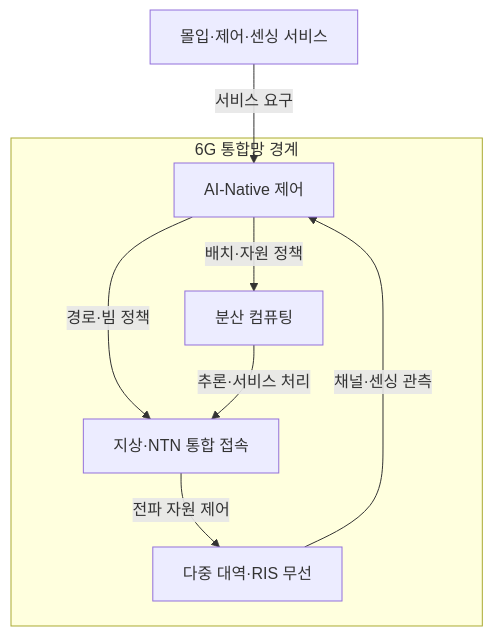
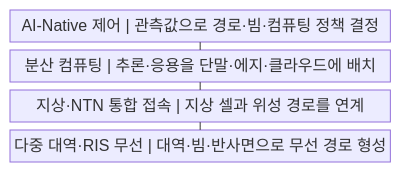
Before and after one commit to agnusdei1207/knowledge-base: the first of 2 diagrams in src/content/docs/notes/04-network/042_6g_technologies.md, drawn with Mermaid. The commit also changed other lines of this file and 20 other files, not shown here.

````diff
--- a/src/content/docs/notes/04-network/042_6g_technologies.md
+++ b/src/content/docs/notes/04-network/042_6g_technologies.md
@@ -56,16 +56,11 @@
 ```mermaid
-flowchart TB
-    APP[몰입·제어·센싱 서비스]
-    subgraph N[6G 통합망 경계]
-        INT[AI-Native 제어]
-        COMP[분산 컴퓨팅]
-        ACCESS[지상·NTN 통합 접속]
-        RADIO[다중 대역·RIS 무선]
-        INT -->|배치·자원 정책| COMP
-        INT -->|경로·빔 정책| ACCESS
-        COMP -->|추론·서비스 처리| ACCESS
-        ACCESS -->|전파 자원 제어| RADIO
-    end
-    APP -->|서비스 요구| INT
-    RADIO -->|채널·센싱 관측| INT
+block
+    columns 1
+    A["AI-Native 제어 | 관측값으로 경로·빔·컴퓨팅 정책 결정"]
+    B["분산 컴퓨팅 | 추론·응용을 단말·에지·클라우드에 배치"]
+    C["지상·NTN 통합 접속 | 지상 셀과 위성 경로를 연계"]
+    D["다중 대역·RIS 무선 | 대역·빔·반사면으로 무선 경로 형성"]
+    A --- B
+    B --- C
+    C --- D
 ```
````
